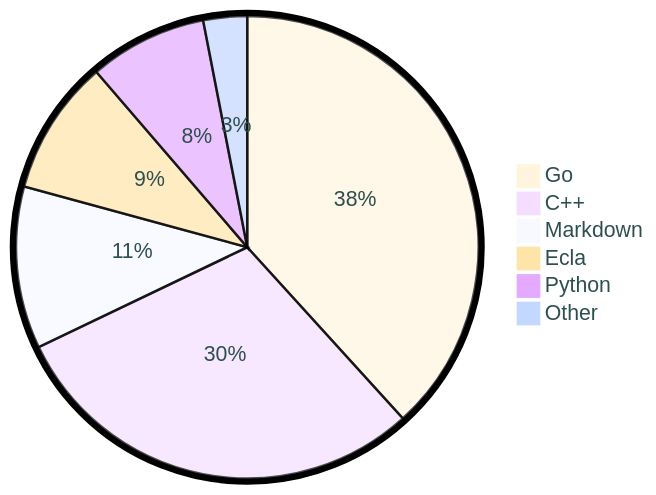
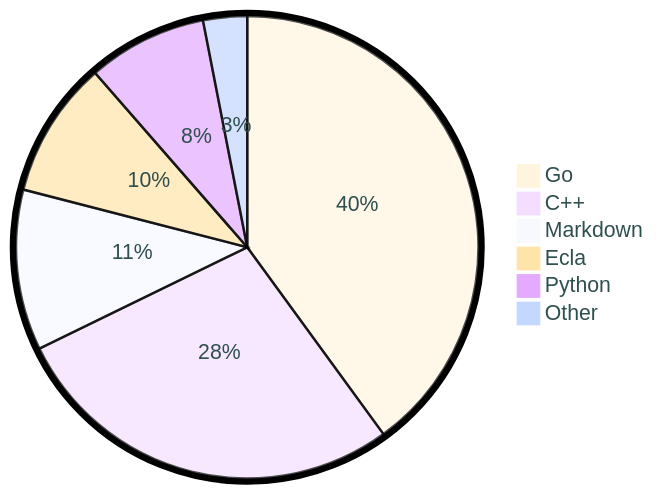
Before and after one commit to tot0p/tot0p: the diagram in README.md, drawn with Mermaid. The commit also changed other lines of this file, not shown here.

````diff
--- a/README.md
+++ b/README.md
@@ -85,10 +84,10 @@
 ```mermaid
 %%{init: {"pie": {"textPosition": 0.5}, "themeVariables": {"pieOuterStrokeWidth": "5px","primaryTextColor" : "#2F4F4F"},"theme":"base"} }%%
 pie
-	"Go": 38.26
-	"C++": 29.64
-	"Markdown": 11.34
-	"Ecla": 9.46
-	"Python": 8.25
-	"Other": 3.06
+	"Go": 39.98
+	"C++": 27.81
+	"Markdown": 11.23
+	"Ecla": 9.57
+	"Python": 8.35
+	"Other": 3.0699999999999994
 ```
````
